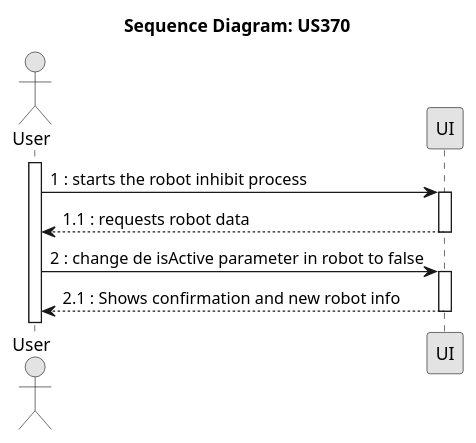
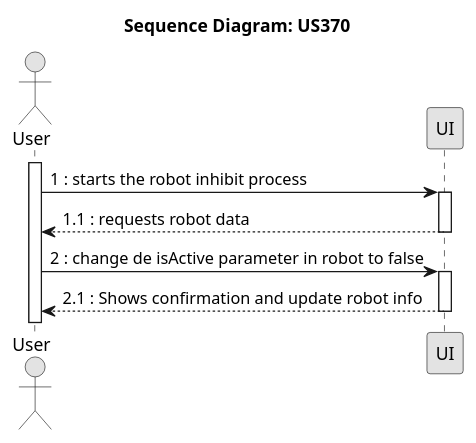
Before and after one commit to 1211134PedroViana/SEM_PI_23-24_G14: the diagram in documentation/sprintA/us370/Level 1/US370.puml, drawn with PlantUML.

Commit message:
#20 - Development Documentation.

```diff
--- a/documentation/sprintA/us370/Level 1/US370.puml
+++ b/documentation/sprintA/us370/Level 1/US370.puml
@@ -1,22 +1,22 @@
 @startuml
 skinparam Monochrome true
 skinparam PackageStyle rectangle
 skinparam Shadowing false
 
 title Sequence Diagram: US370
 
 actor "User" as User
 participant "UI" as UI 
 
 activate User
 User -> UI : 1 : starts the robot inhibit process
 activate UI
 UI --> User : 1.1 : requests robot data
 deactivate UI
 User -> UI : 2 : change de isActive parameter in robot to false
 activate UI
-UI --> User : 2.1 : Shows confirmation and new robot info
+UI --> User : 2.1 : Shows confirmation and update robot info
 
 deactivate UI
 
 @enduml
```
